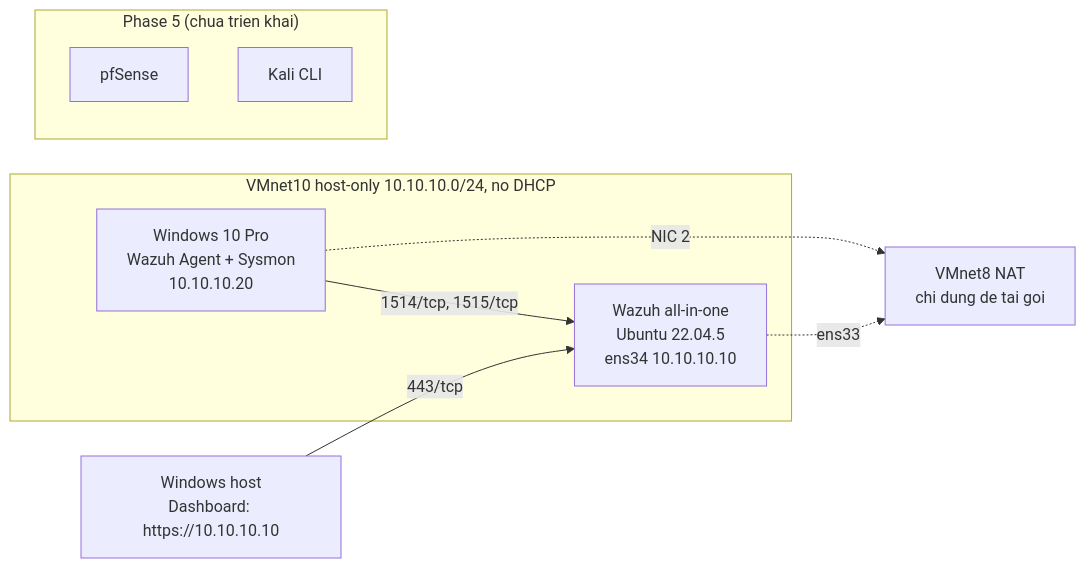
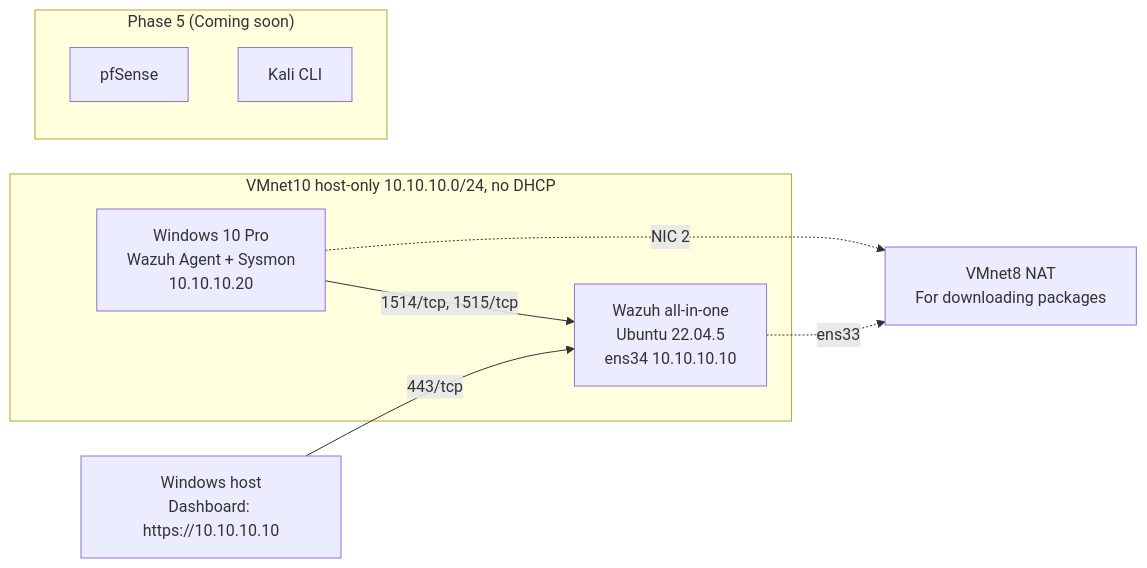
One commit to justarandomguy2712/SOC_HOME_LAB changed the diagram in soc-home-lab/LIST/diagrams/architecture.mmd. Above: the diagram before and after it, drawn with Mermaid.

```diff
--- a/soc-home-lab/LIST/diagrams/architecture.mmd
+++ b/soc-home-lab/LIST/diagrams/architecture.mmd
@@ -1,15 +1,15 @@
 flowchart LR
   Host["Windows host<br/>Dashboard: https://10.10.10.10"]
   subgraph VMnet10["VMnet10 host-only 10.10.10.0/24, no DHCP"]
     W["Wazuh all-in-one<br/>Ubuntu 22.04.5<br/>ens34 10.10.10.10"]
     WIN["Windows 10 Pro<br/>Wazuh Agent + Sysmon<br/>10.10.10.20"]
   end
-  NAT["VMnet8 NAT<br/>chi dung de tai goi"]
+  NAT["VMnet8 NAT<br/>For downloading packages"]
   WIN -->|1514/tcp, 1515/tcp| W
   Host -->|443/tcp| W
   W -. ens33 .-> NAT
   WIN -. NIC 2 .-> NAT
-  subgraph Planned["Phase 5 (chua trien khai)"]
+  subgraph Planned["Phase 5 (Coming soon)"]
     PF["pfSense"]
     K["Kali CLI"]
   end
```
